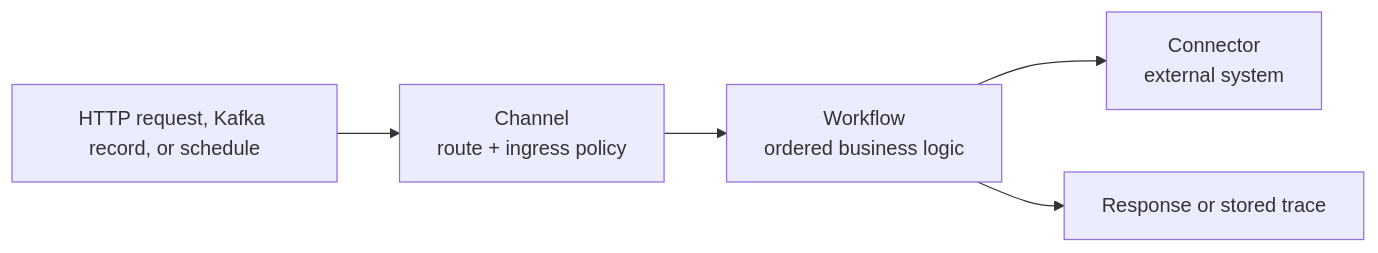
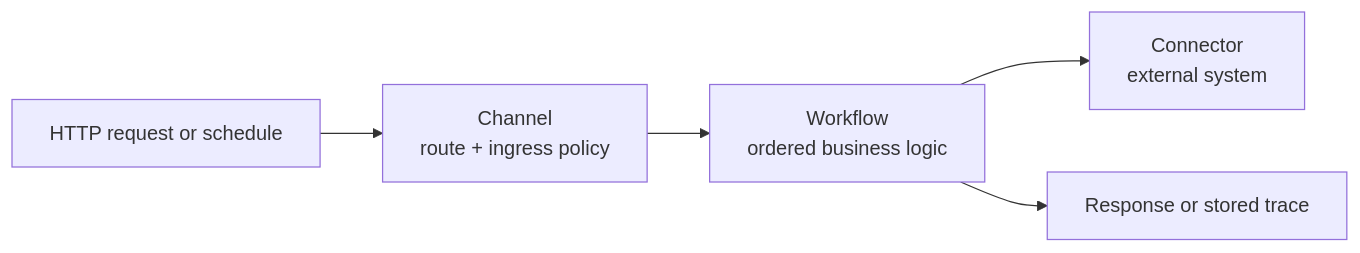
The first of 2 diagrams in README.md (GoPlasmatic/Orion), drawn with Mermaid before and after one commit. The commit also changed other lines of this file and 63 other files, not shown here.

````diff
--- a/README.md
+++ b/README.md
@@ -84,8 +84,8 @@
 ```mermaid
 flowchart LR
-    Request["HTTP request, Kafka record, or schedule"] --> Channel
+    Request["HTTP request or schedule"] --> Channel
     Channel["Channel<br/>route + ingress policy"] --> Workflow
     Workflow["Workflow<br/>ordered business logic"] --> Connector
     Connector["Connector<br/>external system"]
     Workflow --> Response["Response or stored trace"]
 ```
````
